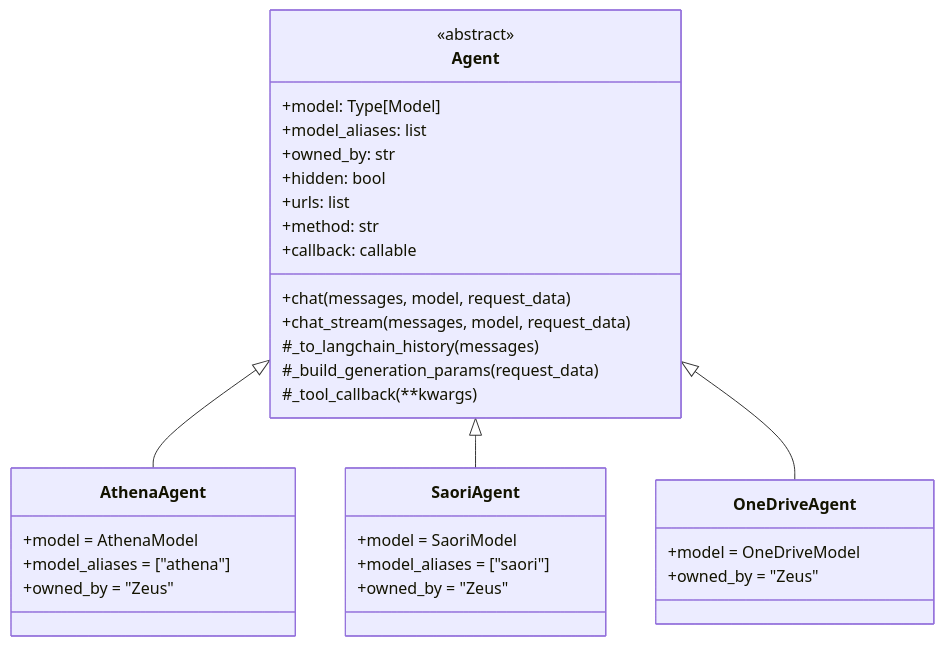
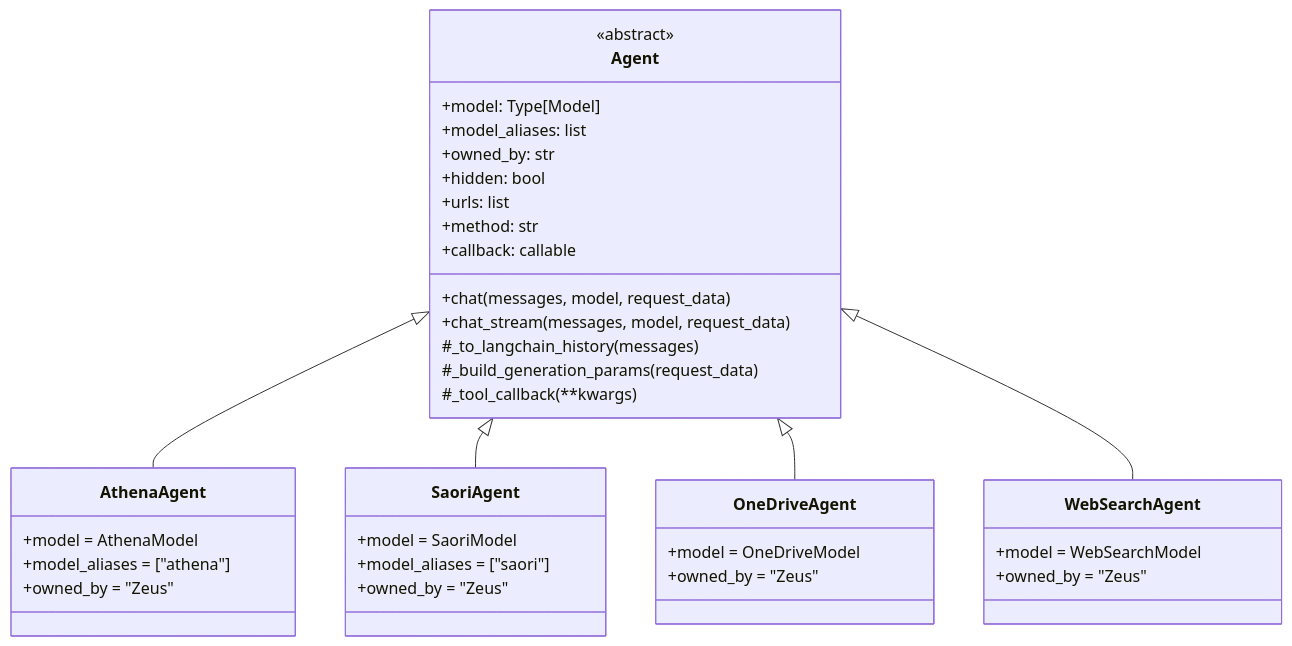
One commit to ZeusAgrotech/olympus-ai-backend changed the first of 2 diagrams in agents/README.md. Above: the diagram before and after it, drawn with Mermaid. The commit also changed other lines of this file and 2 other files, not shown here.

Commit message:
Documentação atualizada

````diff
--- a/agents/README.md
+++ b/agents/README.md
@@ -22,39 +22,45 @@
 ```mermaid
 classDiagram
     class Agent {
         <<abstract>>
         +model: Type[Model]
         +model_aliases: list
         +owned_by: str
         +hidden: bool
         +urls: list
         +method: str
         +callback: callable
         +chat(messages, model, request_data)
         +chat_stream(messages, model, request_data)
         #_to_langchain_history(messages)
         #_build_generation_params(request_data)
         #_tool_callback(**kwargs)
     }
 
     class AthenaAgent {
         +model = AthenaModel
         +model_aliases = ["athena"]
         +owned_by = "Zeus"
     }
 
     class SaoriAgent {
         +model = SaoriModel
         +model_aliases = ["saori"]
         +owned_by = "Zeus"
     }
 
     class OneDriveAgent {
         +model = OneDriveModel
         +owned_by = "Zeus"
     }
 
+    class WebSearchAgent {
+        +model = WebSearchModel
+        +owned_by = "Zeus"
+    }
+
     Agent <|-- AthenaAgent
     Agent <|-- SaoriAgent
     Agent <|-- OneDriveAgent
+    Agent <|-- WebSearchAgent
 ```
````
